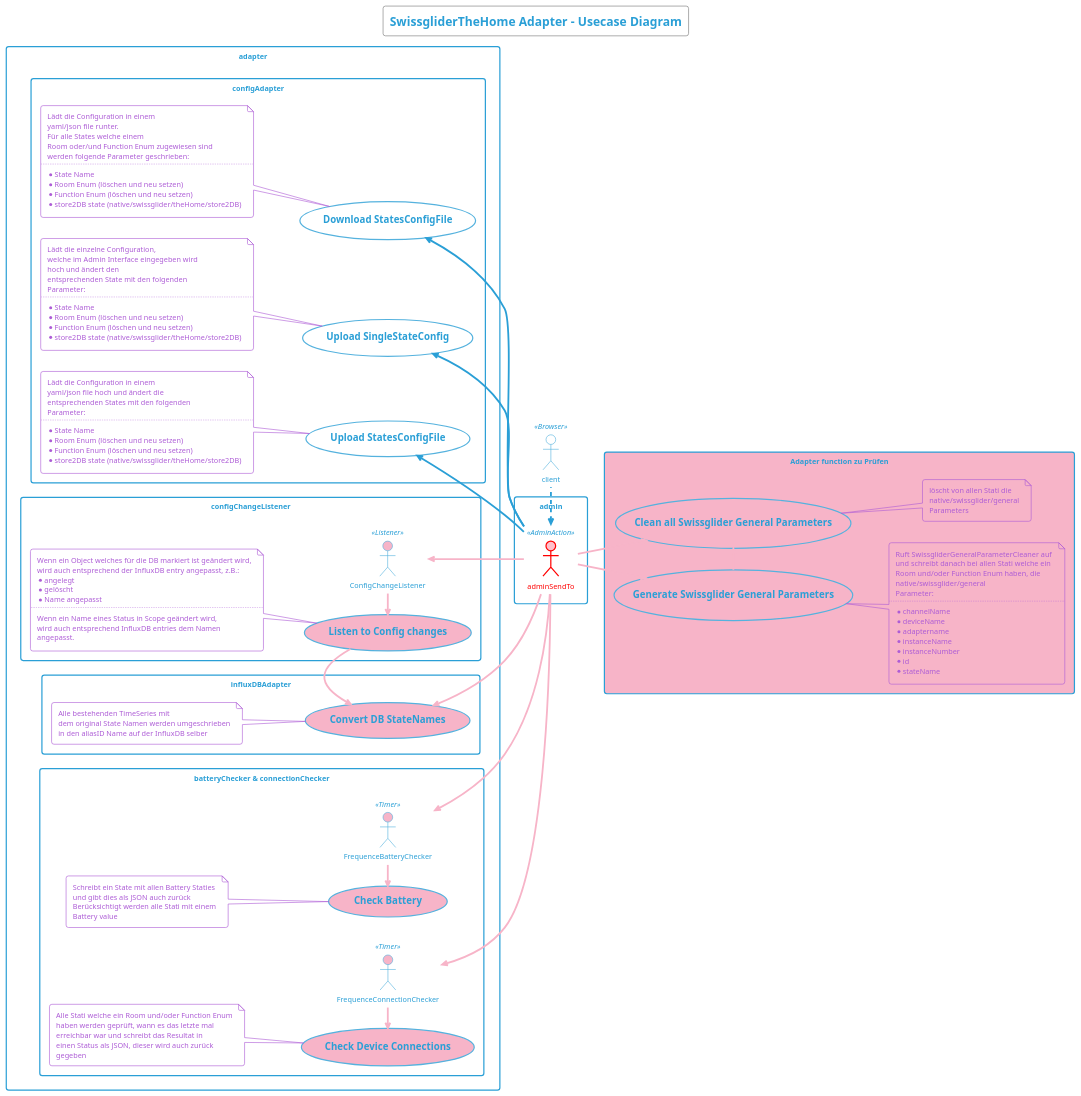
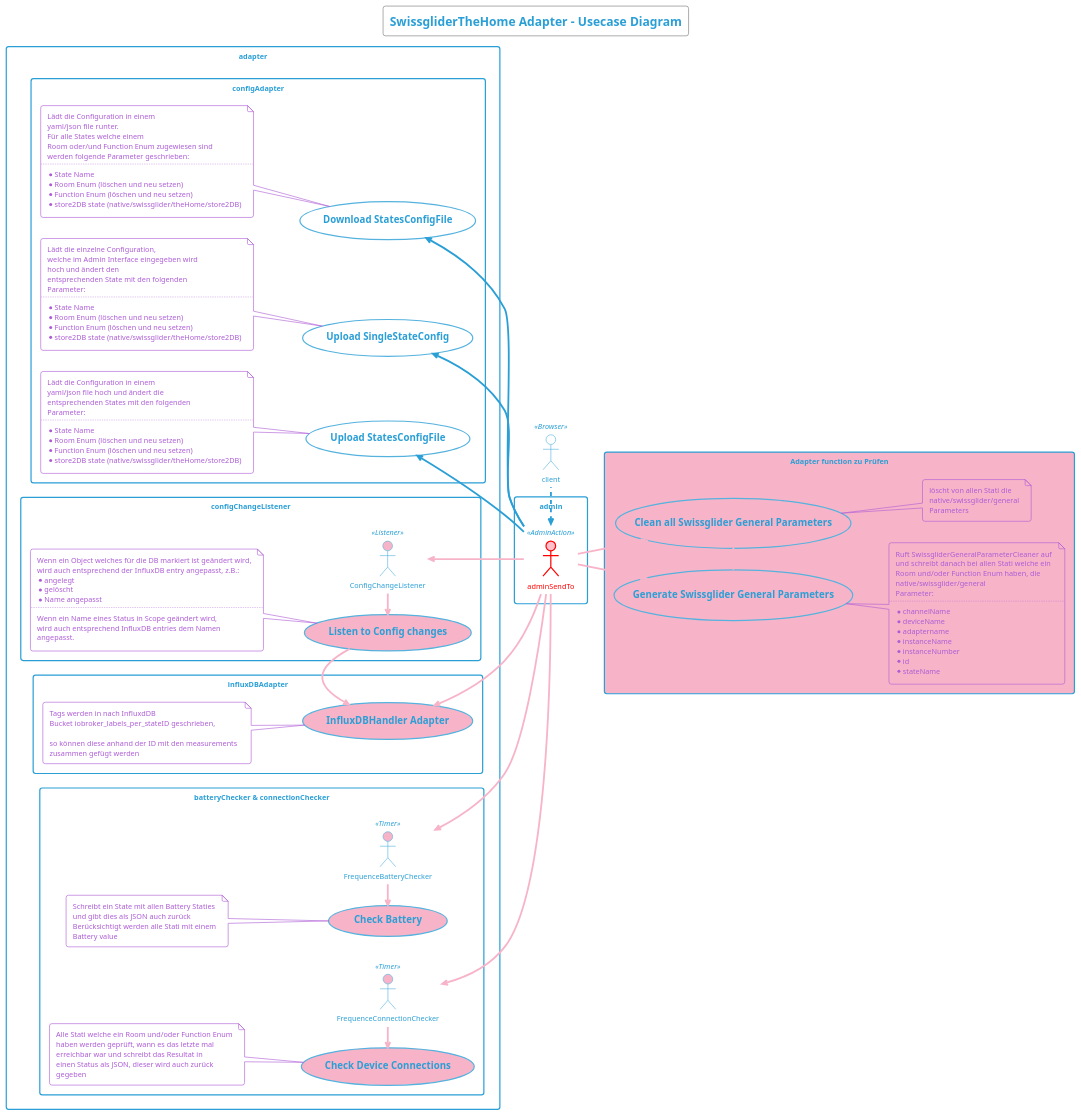
One commit to swissglider/iobroker.thehome changed the diagram in docu/plantuml/server/SwissgliderTheHome - Usecase Diagram.iuml. Above: the diagram before and after it, drawn with PlantUML. The commit also changed 42 other files, not shown here.

Commit message:
implemented the InfluxDBHandler Adapter and Admin page

```diff
--- a/docu/plantuml/server/SwissgliderTheHome - Usecase Diagram.iuml
+++ b/docu/plantuml/server/SwissgliderTheHome - Usecase Diagram.iuml
@@ -1,144 +1,146 @@
 @startuml
 !theme cyborg-outline
 
 title
     SwissgliderTheHome Adapter - Usecase Diagram
 end title
 
 actor client << Browser >>
 rectangle admin {
     actor adminSendTo << AdminAction >> #pink;line:red;line.bold;text:red
 }
 
 rectangle adapter {
     rectangle "configAdapter" {
         usecase ConfigDownloader as "=Download StatesConfigFile"
             note top
                 Lädt die Configuration in einem 
                 yaml/json file runter. 
                 Für alle States welche einem 
                 Room oder/und Function Enum zugewiesen sind
                 werden folgende Parameter geschrieben:
                 ..
                 * State Name
                 * Room Enum (löschen und neu setzen)
                 * Function Enum (löschen und neu setzen)
                 * store2DB state (native/swissglider/theHome/store2DB)
             end note
         usecase SingleUploader as "=Upload SingleStateConfig"
             note top
                 Lädt die einzelne Configuration, 
                 welche im Admin Interface eingegeben wird 
                 hoch und ändert den
                 entsprechenden State mit den folgenden
                 Parameter:
                 ..
                 * State Name
                 * Room Enum (löschen und neu setzen)
                 * Function Enum (löschen und neu setzen)
                 * store2DB state (native/swissglider/theHome/store2DB)
             end note
         usecase ConfigUploader as "=Upload StatesConfigFile"
             note top
                 Lädt die Configuration in einem 
                 yaml/json file hoch und ändert die
                 entsprechenden States mit den folgenden
                 Parameter:
                 ..
                 * State Name
                 * Room Enum (löschen und neu setzen)
                 * Function Enum (löschen und neu setzen)
                 * store2DB state (native/swissglider/theHome/store2DB)
             end note
     }
 
     rectangle "configChangeListener" {
         actor ConfigChangeListener << Listener >> #F7B4C8
         usecase ConfigChangePreWorker as "=Listen to Config changes" #F7B4C8
             note top
                 Wenn ein Object welches für die DB markiert ist geändert wird,
                 wird auch entsprechend der InfluxDB entry angepasst, z.B.:
                 * angelegt
                 * gelöscht
                 * Name angepasst
                 ..
                 Wenn ein Name eines Status in Scope geändert wird, 
                 wird auch entsprechend InfluxDB entries dem Namen
                 angepasst.
             end note
     }
 
     rectangle "influxDBAdapter" {
-        usecase InfluxDBConverter as "=Convert DB StateNames" #F7B4C8
+        usecase InfluxDBConverter as "=InfluxDBHandler Adapter" #F7B4C8
             note top
-                Alle bestehenden TimeSeries mit
-                dem original State Namen werden umgeschrieben
-                in den aliasID Name auf der InfluxDB selber
+                Tags werden in nach InfluxdDB 
+                Bucket iobroker_labels_per_stateID geschrieben,
+                
+                so können diese anhand der ID mit den measurements 
+                zusammen gefügt werden
             end note
     }
 
     rectangle "batteryChecker & connectionChecker" {
         actor FrequenceBatteryChecker << Timer >> #F7B4C8
         actor FrequenceConnectionChecker << Timer >> #F7B4C8
         usecase BatteryChecker as "=Check Battery" #F7B4C8
             note top
                 Schreibt ein State mit allen Battery Staties
                 und gibt dies als JSON auch zurück
                 Berücksichtigt werden alle Stati mit einem
                 Battery value
             end note
         usecase ConnectionChecker as "=Check Device Connections" #F7B4C8
             note top 
                 Alle Stati welche ein Room und/oder Function Enum
                 haben werden geprüft, wann es das letzte mal
                 erreichbar war und schreibt das Resultat in
                 einen Status als JSON, dieser wird auch zurück
                 gegeben
             end note
     }
 }
 rectangle adapter1 as "Adapter function zu Prüfen" #F7B4C8 {
     usecase SwissgliderGeneralParameterGenerator as "=Generate Swissglider General Parameters"
         note bottom
             Ruft SwissgliderGeneralParameterCleaner auf
             und schreibt danach bei allen Stati welche ein 
             Room und/oder Function Enum haben, die
             native/swissglider/general
             Parameter:
             ..
             * channelName
             * deviceName
             * adaptername
             * instanceName
             * instanceNumber
             * id
             * stateName
         end note
     usecase SwissgliderGeneralParameterCleaner as "=Clean all Swissglider General Parameters"
         note bottom
             löscht von allen Stati die 
             native/swissglider/general
             Parameters
         end note
 }
 
 left to right direction
 client -left..> adminSendTo
 adminSendTo -up-> ConfigUploader
 adminSendTo -up-> SingleUploader
 adminSendTo -up-> ConfigDownloader
 adminSendTo -up-> ConfigChangeListener  #F7B4C8
 adminSendTo -up-> FrequenceBatteryChecker  #F7B4C8
 adminSendTo -up-> FrequenceConnectionChecker  #F7B4C8
 adminSendTo -up-> InfluxDBConverter  #F7B4C8
 adminSendTo -down-> SwissgliderGeneralParameterGenerator  #F7B4C8
 adminSendTo -down-> SwissgliderGeneralParameterCleaner  #F7B4C8
 SwissgliderGeneralParameterGenerator -> SwissgliderGeneralParameterCleaner  #F7B4C8
 
-ConfigChangePreWorker -> InfluxDBConverter  #F7B4C8
-
 FrequenceBatteryChecker -left-> BatteryChecker  #F7B4C8
 FrequenceConnectionChecker -left-> ConnectionChecker  #F7B4C8
 ConfigChangeListener -left-> ConfigChangePreWorker  #F7B4C8
 
+ConfigChangePreWorker -> InfluxDBConverter  #F7B4C8
+
 @enduml
```
